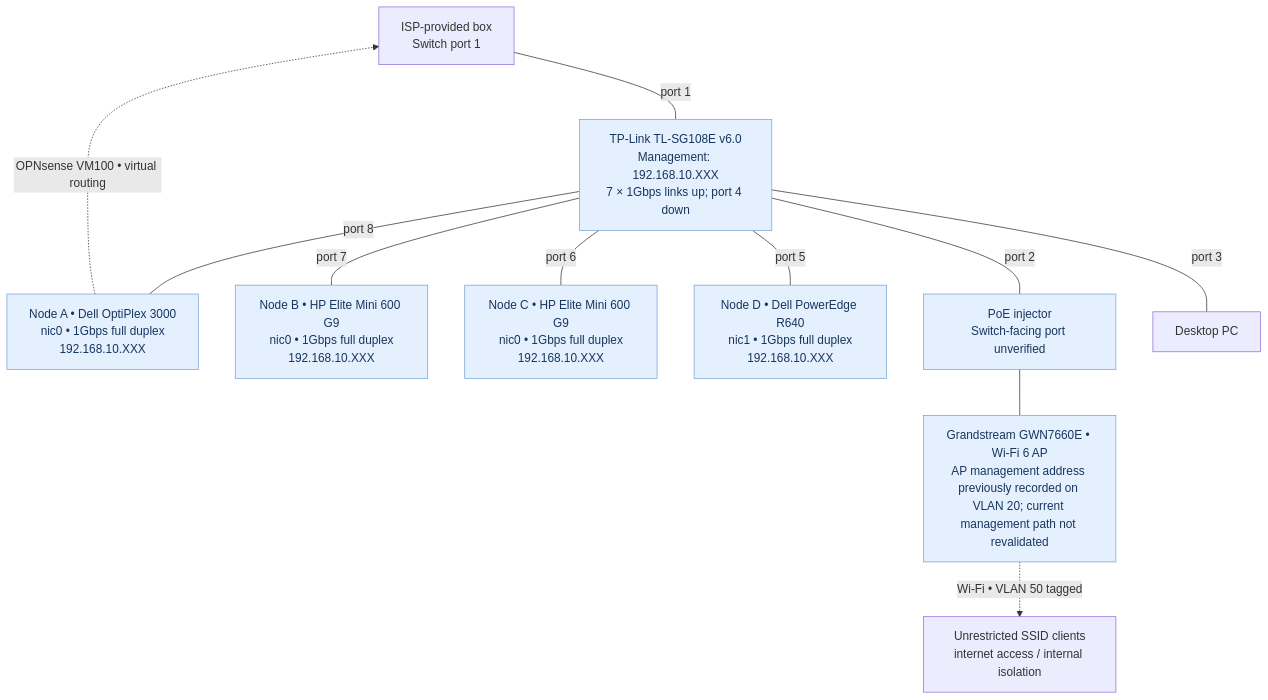
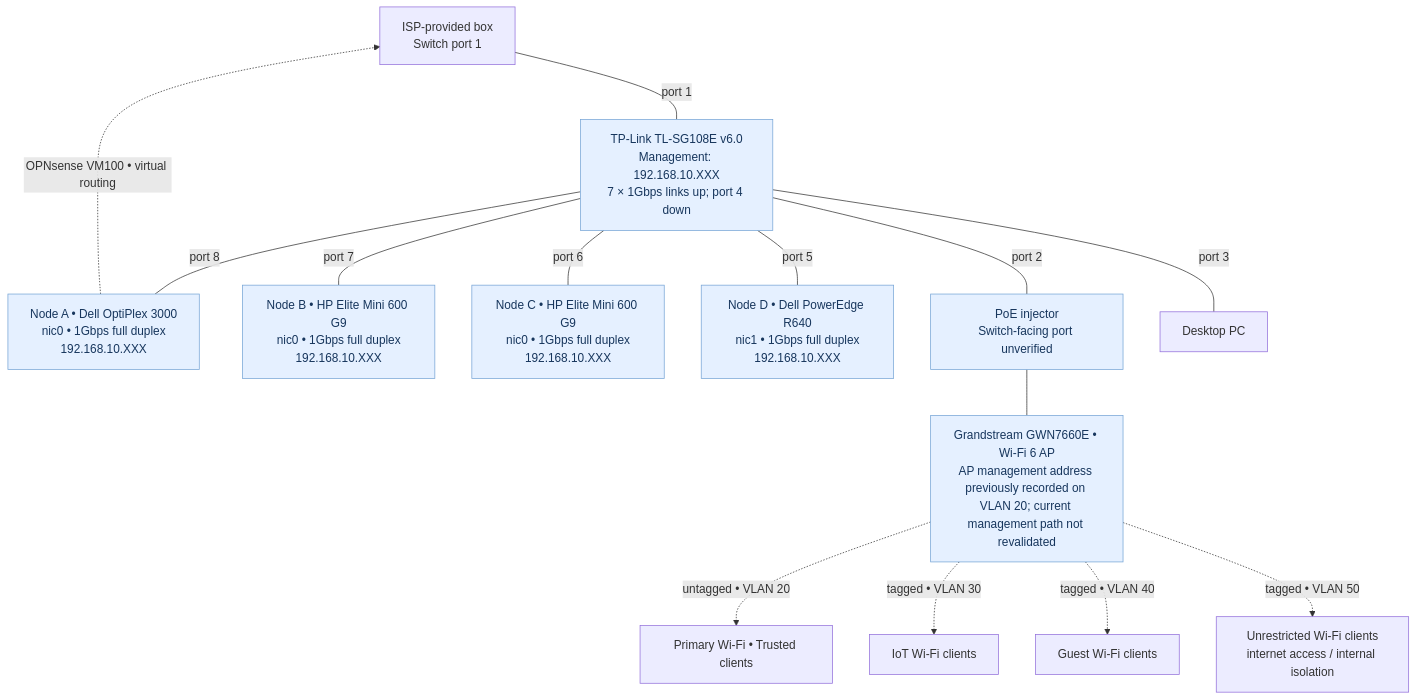
The second of 3 diagrams in network/diagrams/README.md (samuelkemp1619/HOMELAB-PORTFOLIO), drawn with Mermaid before and after one commit. The commit also changed other lines of this file, not shown here.

Commit message:
Update rendered network diagrams for confirmed switch ports and Wi-Fi VLANs

````diff
--- a/network/diagrams/README.md
+++ b/network/diagrams/README.md
@@ -57,17 +60,20 @@
 ```mermaid
 flowchart TB
     GW["ISP-provided box<br/>Switch port 1"]
     SW["TP-Link TL-SG108E v6.0<br/>Management: 192.168.10.XXX<br/>7 × 1Gbps links up; port 4 down"]
     GW ---|"port 1"| SW
     SW ---|"port 8"| H1["Node A • Dell OptiPlex 3000<br/>nic0 • 1Gbps full duplex<br/>192.168.10.XXX"]
     SW ---|"port 7"| H2["Node B • HP Elite Mini 600 G9<br/>nic0 • 1Gbps full duplex<br/>192.168.10.XXX"]
     SW ---|"port 6"| H3["Node C • HP Elite Mini 600 G9<br/>nic0 • 1Gbps full duplex<br/>192.168.10.XXX"]
     SW ---|"port 5"| H4["Node D • Dell PowerEdge R640<br/>nic1 • 1Gbps full duplex<br/>192.168.10.XXX"]
     SW ---|"port 2"| POE["PoE injector<br/>Switch-facing port unverified"]
     POE --- AP["Grandstream GWN7660E • Wi-Fi 6 AP<br/>AP management address previously recorded on VLAN 20; current management path not revalidated"]
-    AP -. "Wi-Fi • VLAN 50 tagged" .-> WIFI["Unrestricted SSID clients<br/>internet access / internal isolation"]
+    AP -. "untagged • VLAN 20" .-> PRIMARYCLIENT["Primary Wi-Fi • Trusted clients"]
+    AP -. "tagged • VLAN 30" .-> IOTCLIENT["IoT Wi-Fi clients"]
+    AP -. "tagged • VLAN 40" .-> GUESTCLIENT["Guest Wi-Fi clients"]
+    AP -. "tagged • VLAN 50" .-> WIFI["Unrestricted Wi-Fi clients<br/>internet access / internal isolation"]
     SW ---|"port 3"| DESKTOP["Desktop PC"]
     H1 -. "OPNsense VM100 • virtual routing" .-> GW
     classDef device fill:#e5f0ff,color:#17365d,stroke:#77a5d6
     class SW,H1,H2,H3,H4,POE,AP device
 ```
````
